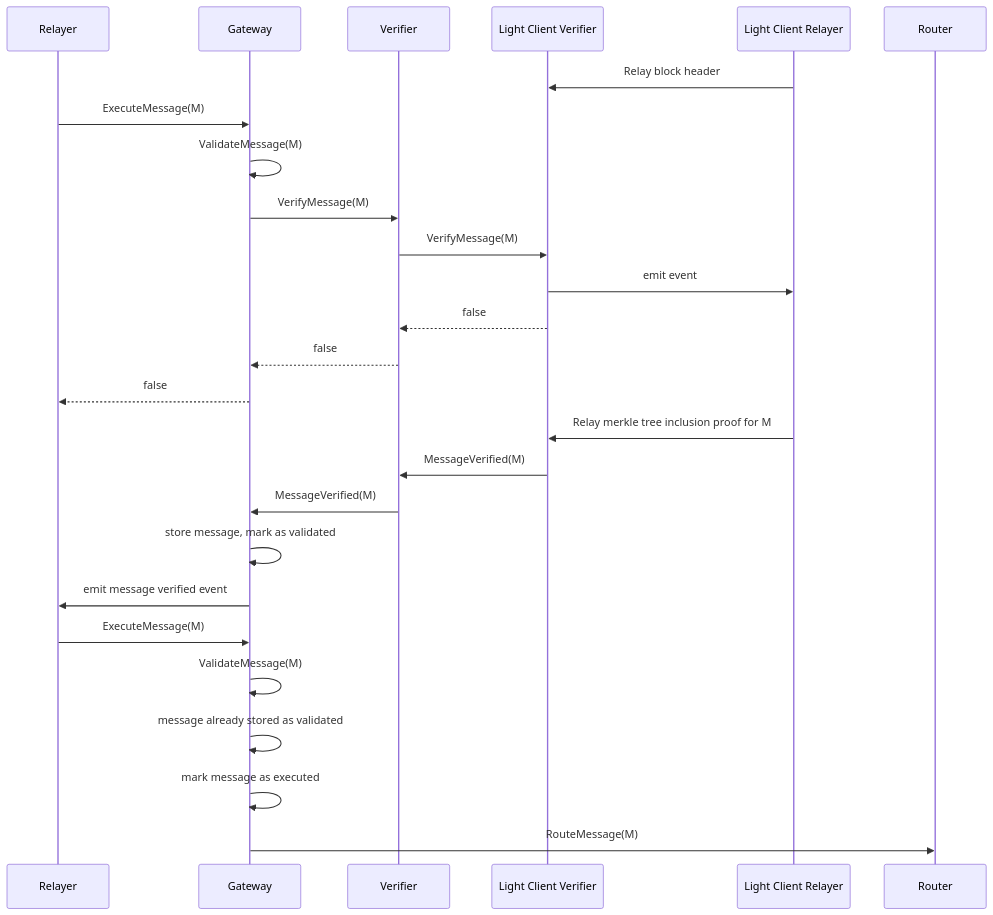
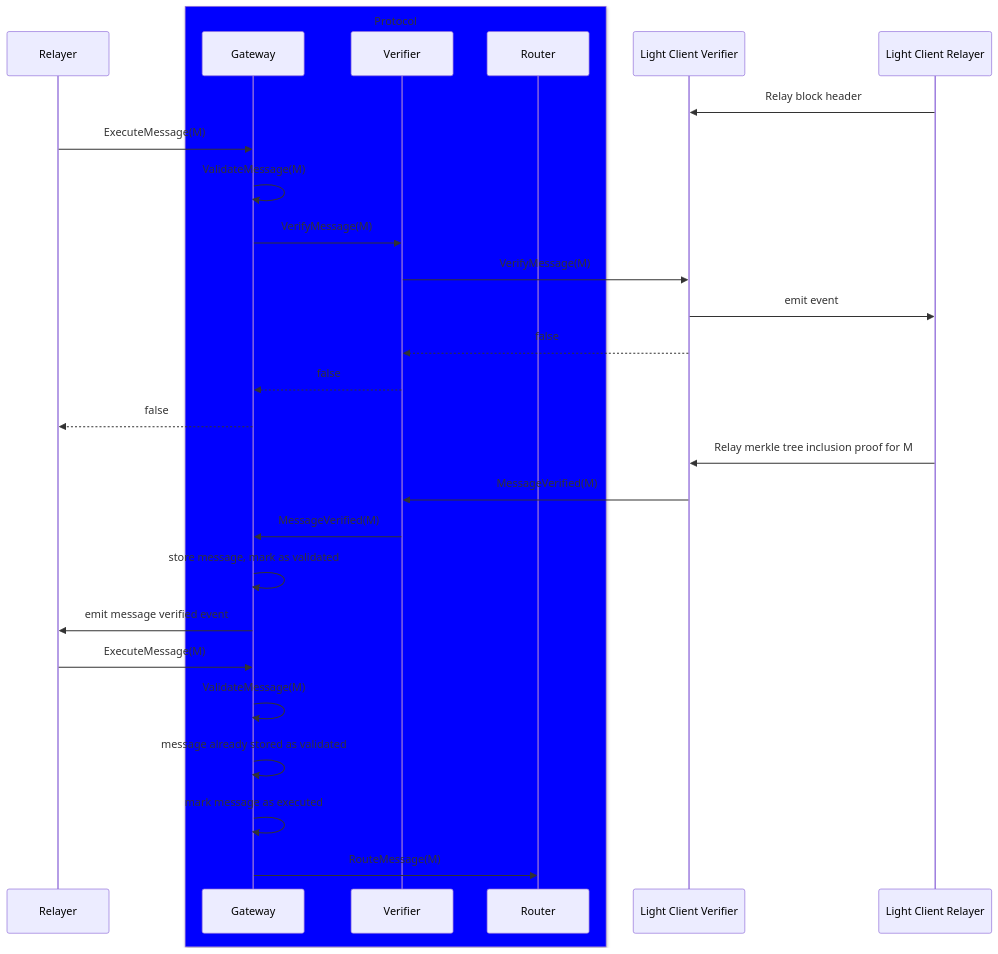
The seventh of 13 diagrams in README.md (axelarnetwork/axelar-amplifier), drawn with Mermaid before and after one commit. The commit also changed other lines of this file, not shown here.

Commit message:
be explicit about what is part of the protocol and what is not

````diff
--- a/README.md
+++ b/README.md
@@ -223,33 +222,37 @@
 ```mermaid
 sequenceDiagram
     participant Relayer
+
+    box Blue Protocol
     participant Gateway
     participant Verifier
+    participant Router
+    end
+
     participant Light Client Verifier
     participant Light Client Relayer
-    participant Router
 
     Light Client Relayer->>Light Client Verifier: Relay block header
 
     Relayer->>Gateway: ExecuteMessage(M)
     Gateway->>Gateway: ValidateMessage(M)
     Gateway->>Verifier: VerifyMessage(M)
     Verifier->>Light Client Verifier: VerifyMessage(M)
     Light Client Verifier->>Light Client Relayer: emit event
     Light Client Verifier-->>Verifier: false
     Verifier-->>Gateway: false
     Gateway-->>Relayer: false
 
     Light Client Relayer->>Light Client Verifier: Relay merkle tree inclusion proof for M
 
     Light Client Verifier->>Verifier: MessageVerified(M)
     Verifier->>Gateway: MessageVerified(M)
     Gateway->>Gateway: store message, mark as validated
     Gateway->>Relayer: emit message verified event
 
     Relayer->>Gateway: ExecuteMessage(M)
     Gateway->>Gateway: ValidateMessage(M)
     Gateway->>Gateway: message already stored as validated
     Gateway->>Gateway: mark message as executed
     Gateway->>Router: RouteMessage(M)
 ```
````
